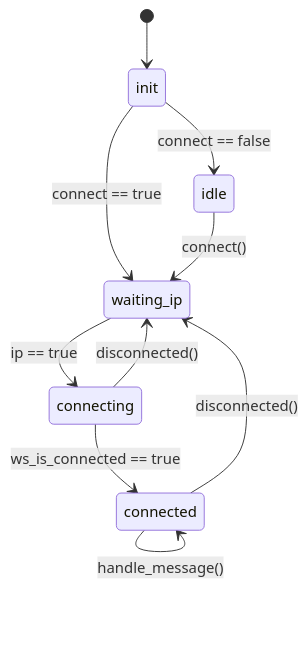
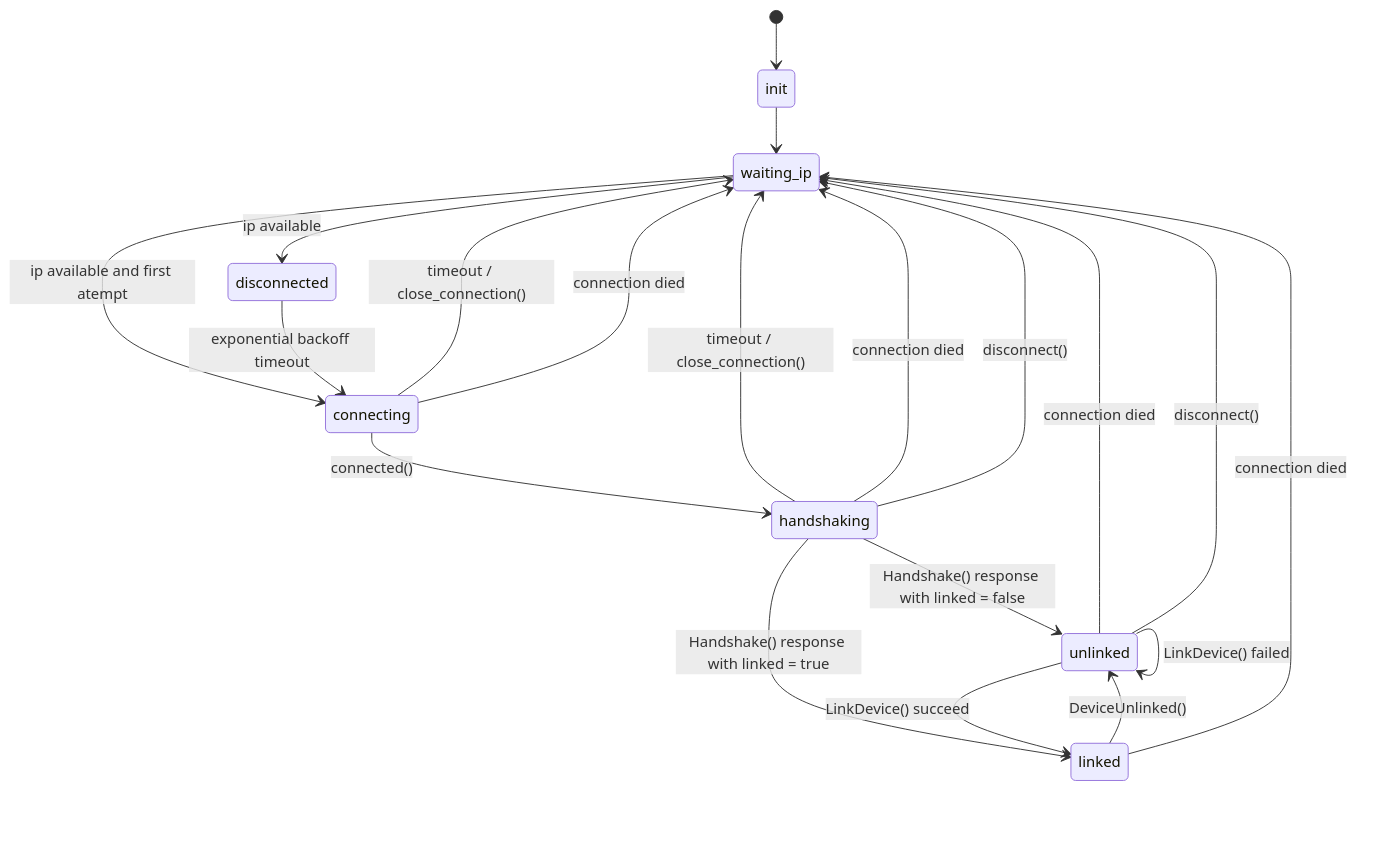
Before and after one commit to grisp/grisp_connect: the diagram in docs/grisp_connect_client.md, drawn with Mermaid. The commit also changed 4 other files, not shown here.

````diff
--- a/docs/grisp_connect_client.md
+++ b/docs/grisp_connect_client.md
@@ -1,15 +5,25 @@
 ```mermaid
-stateDiagram-v2
-    [*] --> init
-    init --> waiting_ip: connect == true
-    init --> idle: connect == false
-
-    idle --> waiting_ip: connect()
-    waiting_ip --> connecting: ip == true
-    connected --> waiting_ip: disconnected()
-    connected --> connected: request()
-    connected --> connected: handle_message()
-    connecting --> connected: ws_is_connected == true
-    connecting --> waiting_ip: disconnected()
-
+stateDiagram
+  direction TB
+  [*] --> init
+  init --> waiting_ip
+  waiting_ip --> connecting:ip available and first atempt
+  waiting_ip --> disconnected:ip available
+  disconnected --> connecting:exponential backoff timeout
+  connecting --> waiting_ip:timeout / close_connection()
+  connecting --> waiting_ip:connection died
+  connecting --> handshake:connected()
+  handshake --> waiting_ip:timeout / close_connection()
+  handshake --> waiting_ip:connection died
+  handshake --> waiting_ip:disconnect()
+  handshake --> unlinked:Handshake() response with linked = false
+  unlinked --> waiting_ip:connection died
+  unlinked --> waiting_ip:disconnect()
+  handshake --> connected:Handshake() response with linked = true
+  connected --> unlinked:DeviceUnlinked()
+  connected --> waiting_ip:connection died
+  unlinked --> connected:LinkDevice() succeed
+  unlinked --> unlinked:LinkDevice() failed
+  handshake:handshaking
+  connected:linked
 ```
````
